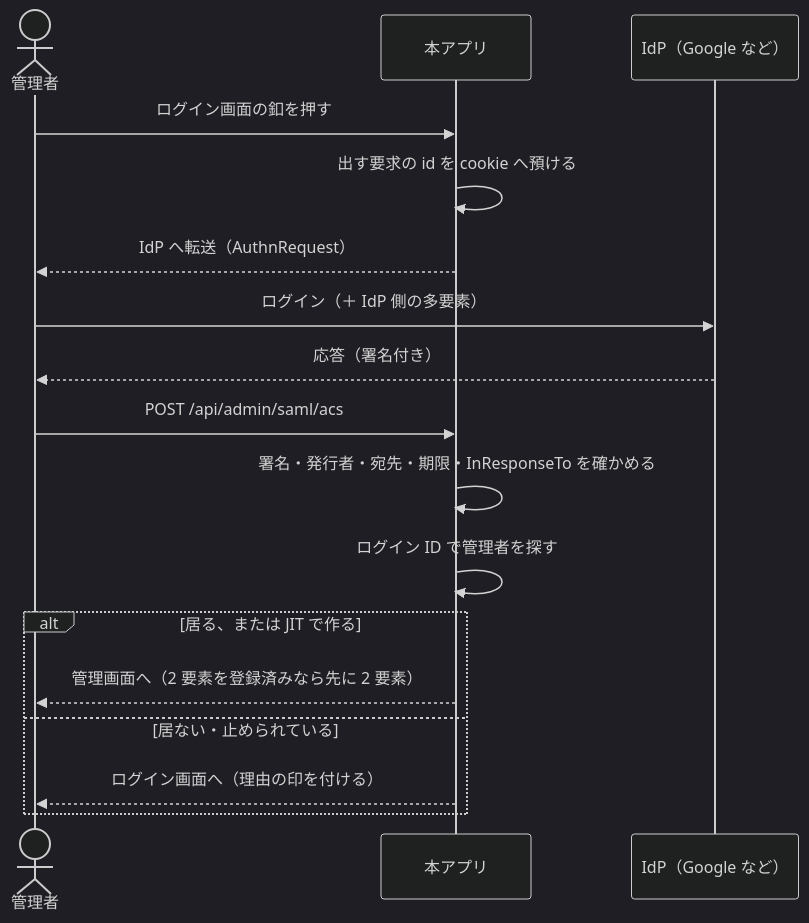
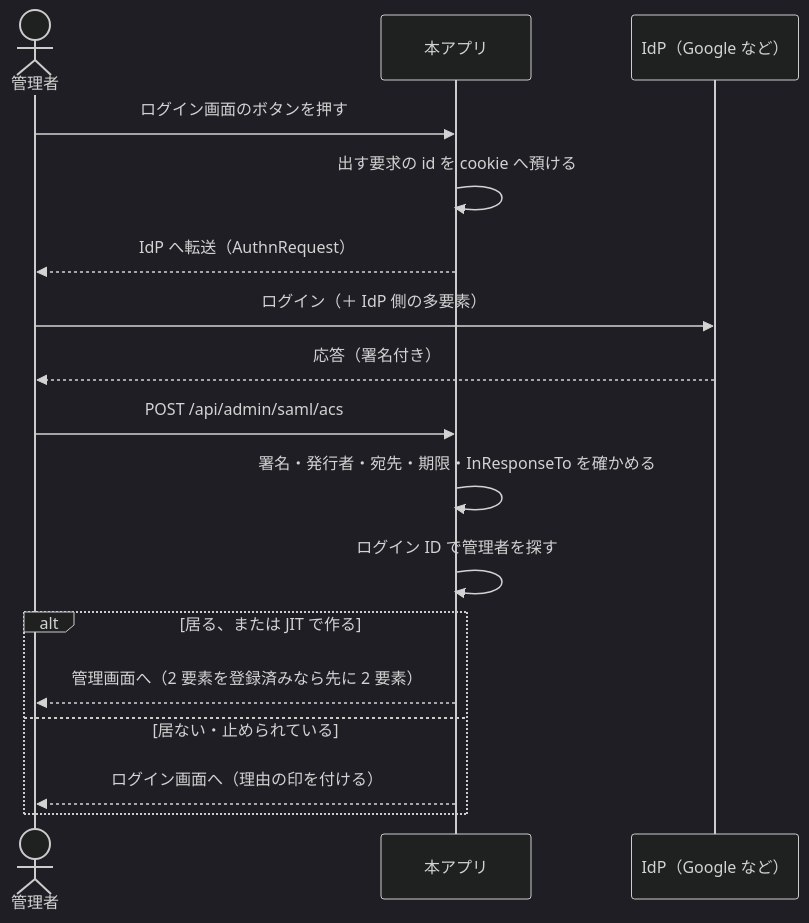
Before and after one commit to vehiclevisionjp/VehicleVision.PleasanterTools.Questionnaire: the diagram in _documents/SAML認証-運用手順書.md, drawn with Mermaid (dark theme). The commit also changed other lines of this file and 181 other files, not shown here.

````diff
--- a/_documents/SAML認証-運用手順書.md
+++ b/_documents/SAML認証-運用手順書.md
@@ -52,20 +52,20 @@
 ```mermaid
 sequenceDiagram
     actor 管理者
     participant SP as 本アプリ
     participant IdP as IdP（Google など）
 
-    管理者->>SP: ログイン画面の釦を押す
+    管理者->>SP: ログイン画面のボタンを押す
     SP->>SP: 出す要求の id を cookie へ預ける
     SP-->>管理者: IdP へ転送（AuthnRequest）
     管理者->>IdP: ログイン（＋ IdP 側の多要素）
     IdP-->>管理者: 応答（署名付き）
     管理者->>SP: POST /api/admin/saml/acs
     SP->>SP: 署名・発行者・宛先・期限・InResponseTo を確かめる
     SP->>SP: ログイン ID で管理者を探す
     alt 居る、または JIT で作る
         SP-->>管理者: 管理画面へ（2 要素を登録済みなら先に 2 要素）
     else 居ない・止められている
         SP-->>管理者: ログイン画面へ（理由の印を付ける）
     end
 ```
````
